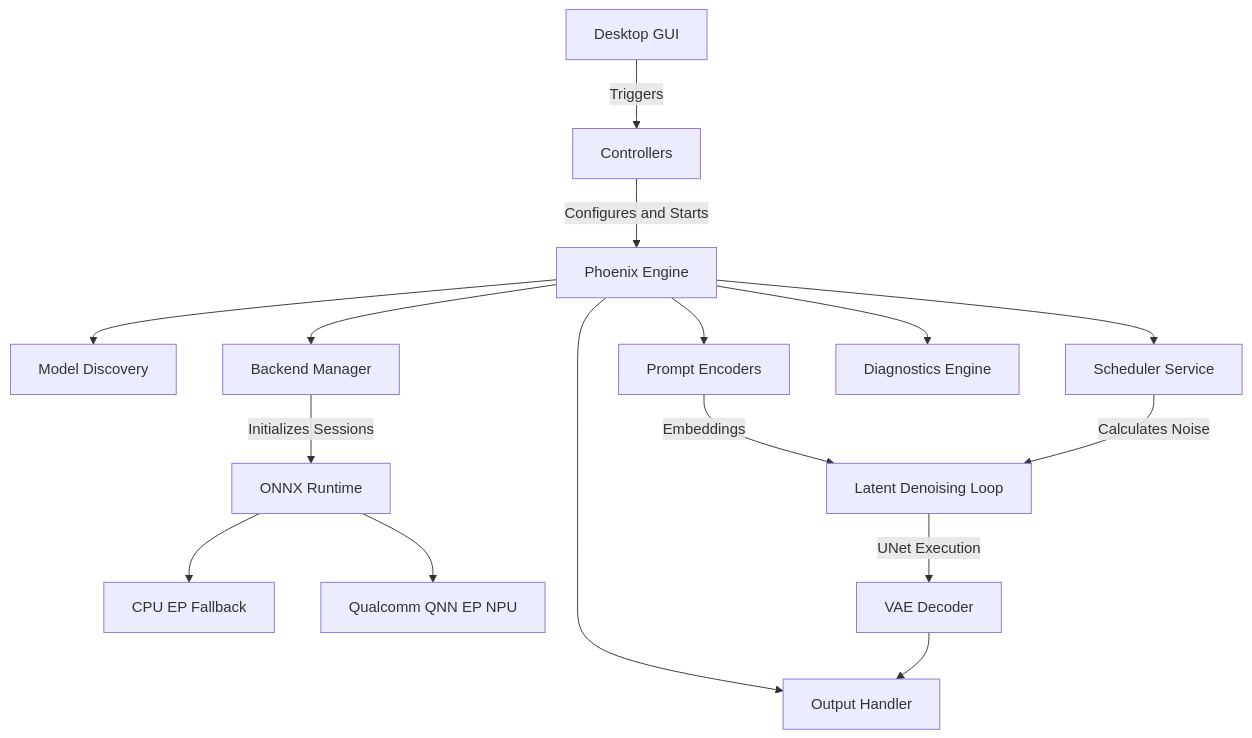
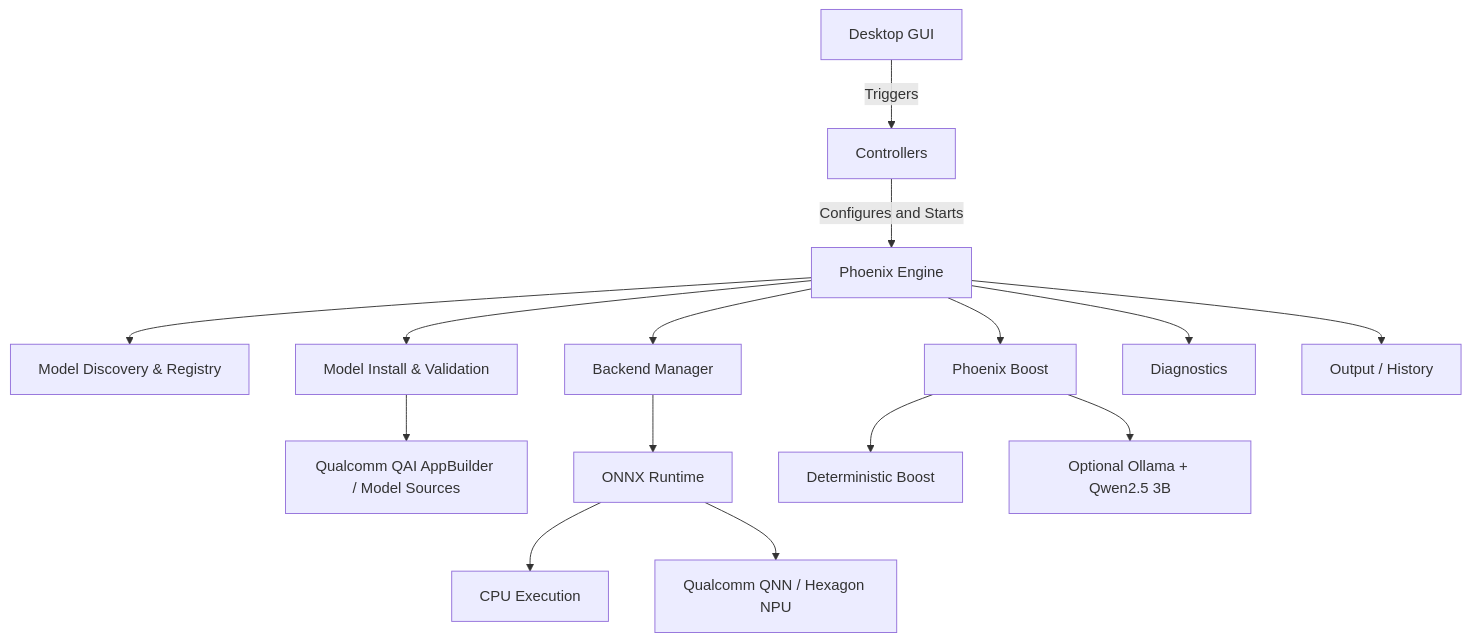
The diagram in README.md (Kreuzhofen/hk-npu-studio), drawn with Mermaid before and after one commit. The commit also changed other lines of this file and 5 other files, not shown here.

````diff
--- a/README.md
+++ b/README.md
@@ -253,22 +358,17 @@
 ```mermaid
 flowchart TD
-
     UI["Desktop GUI"] -->|Triggers| CTRL["Controllers"]
     CTRL -->|Configures and Starts| PHX["Phoenix Engine"]
-
-    PHX --> DISC["Model Discovery"]
-    PHX --> PROMPT["Prompt Encoders"]
-    PHX --> SCHED["Scheduler Service"]
+    PHX --> DISC["Model Discovery & Registry"]
+    PHX --> INSTALL["Model Install & Validation"]
+    PHX --> BOOST["Phoenix Boost"]
     PHX --> BACKEND["Backend Manager"]
-    PHX --> DIAG["Diagnostics Engine"]
-    PHX --> OUT["Output Handler"]
-
-    BACKEND -->|Initializes Sessions| ORT["ONNX Runtime"]
-    ORT --> CPU["CPU EP Fallback"]
-    ORT --> QNN["Qualcomm QNN EP NPU"]
-
-    PROMPT -->|Embeddings| LATENT["Latent Denoising Loop"]
-    SCHED -->|Calculates Noise| LATENT
-    LATENT -->|UNet Execution| VAE["VAE Decoder"]
-    VAE --> OUT
+    PHX --> DIAG["Diagnostics"]
+    PHX --> OUT["Output / History"]
+    INSTALL --> QAI["Qualcomm QAI AppBuilder / Model Sources"]
+    BACKEND --> ORT["ONNX Runtime"]
+    ORT --> CPU["CPU Execution"]
+    ORT --> QNN["Qualcomm QNN / Hexagon NPU"]
+    BOOST --> DET["Deterministic Boost"]
+    BOOST --> AI["Optional Ollama + Qwen2.5 3B"]
 ```
````
